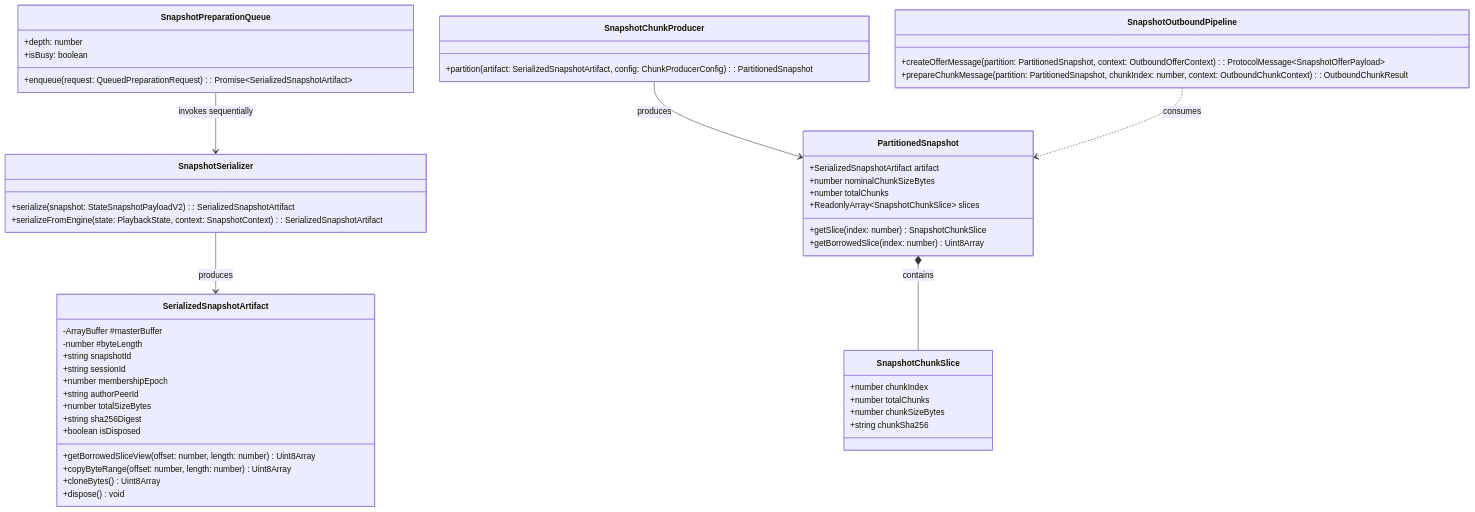
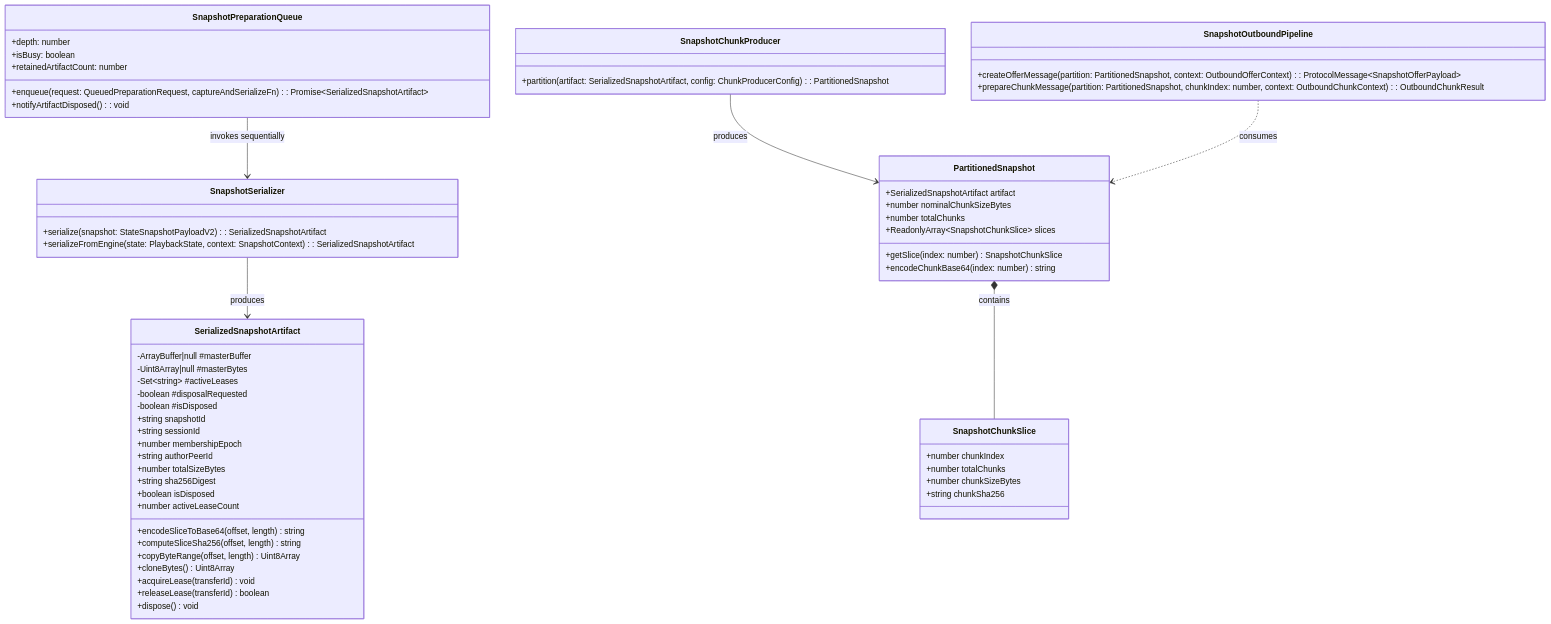
The diagram in docs/PHASE7_5_M4_2_INTERFACE_SPECIFICATION.md (Tejdeepakchandra/SyncPlay_Protocol), drawn with Mermaid before and after one commit. The commit also changed other lines of this file and 5 other files, not shown here.

Commit message:
docs(phase-7.5-m4): finalize memory accounting, buffer lifecycle, and lease ownership in m4.2 planning suite

````diff
--- a/docs/PHASE7_5_M4_2_INTERFACE_SPECIFICATION.md
+++ b/docs/PHASE7_5_M4_2_INTERFACE_SPECIFICATION.md
@@ -14,60 +14,69 @@
 ```mermaid
 classDiagram
     class SnapshotPreparationQueue {
-        +enqueue(request: QueuedPreparationRequest): Promise~SerializedSnapshotArtifact~
+        +enqueue(request: QueuedPreparationRequest, captureAndSerializeFn): Promise~SerializedSnapshotArtifact~
         +depth: number
         +isBusy: boolean
+        +retainedArtifactCount: number
+        +notifyArtifactDisposed(): void
     }
 
     class SnapshotSerializer {
         +serialize(snapshot: StateSnapshotPayloadV2): SerializedSnapshotArtifact
         +serializeFromEngine(state: PlaybackState, context: SnapshotContext): SerializedSnapshotArtifact
     }
 
     class SerializedSnapshotArtifact {
-        -ArrayBuffer #masterBuffer
-        -number #byteLength
+        -ArrayBuffer|null #masterBuffer
+        -Uint8Array|null #masterBytes
+        -Set~string~ #activeLeases
+        -boolean #disposalRequested
+        -boolean #isDisposed
         +string snapshotId
         +string sessionId
         +number membershipEpoch
         +string authorPeerId
         +number totalSizeBytes
         +string sha256Digest
         +boolean isDisposed
-        +getBorrowedSliceView(offset: number, length: number) Uint8Array
-        +copyByteRange(offset: number, length: number) Uint8Array
+        +number activeLeaseCount
+        +encodeSliceToBase64(offset, length) string
+        +computeSliceSha256(offset, length) string
+        +copyByteRange(offset, length) Uint8Array
         +cloneBytes() Uint8Array
+        +acquireLease(transferId) void
+        +releaseLease(transferId) boolean
         +dispose() void
     }
 
     class SnapshotChunkProducer {
         +partition(artifact: SerializedSnapshotArtifact, config: ChunkProducerConfig): PartitionedSnapshot
     }
 
     class PartitionedSnapshot {
         +SerializedSnapshotArtifact artifact
         +number nominalChunkSizeBytes
         +number totalChunks
         +ReadonlyArray~SnapshotChunkSlice~ slices
         +getSlice(index: number) SnapshotChunkSlice
-        +getBorrowedSlice(index: number) Uint8Array
+        +encodeChunkBase64(index: number) string
     }
 
     class SnapshotChunkSlice {
         +number chunkIndex
         +number totalChunks
         +number chunkSizeBytes
         +string chunkSha256
     }
 
     class SnapshotOutboundPipeline {
         +createOfferMessage(partition: PartitionedSnapshot, context: OutboundOfferContext): ProtocolMessage~SnapshotOfferPayload~
         +prepareChunkMessage(partition: PartitionedSnapshot, chunkIndex: number, context: OutboundChunkContext): OutboundChunkResult
     }
 
     SnapshotPreparationQueue --> SnapshotSerializer : invokes sequentially
     SnapshotSerializer --> SerializedSnapshotArtifact : produces
     SnapshotChunkProducer --> PartitionedSnapshot : produces
     PartitionedSnapshot *-- SnapshotChunkSlice : contains
     SnapshotOutboundPipeline ..> PartitionedSnapshot : consumes
 ```
````
